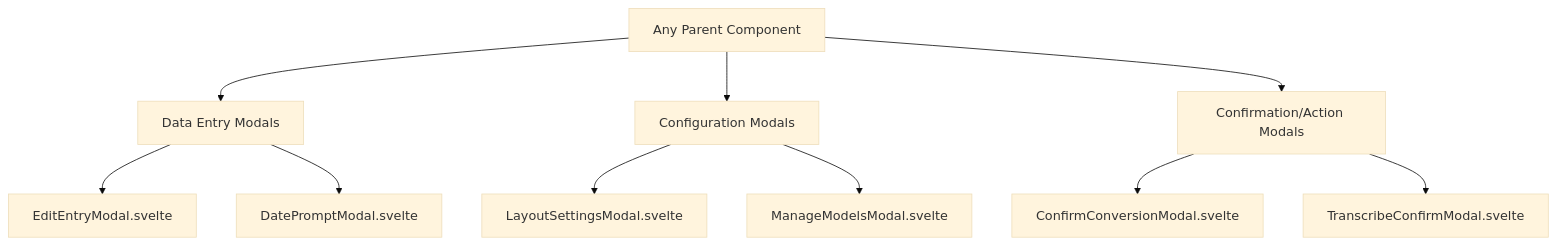
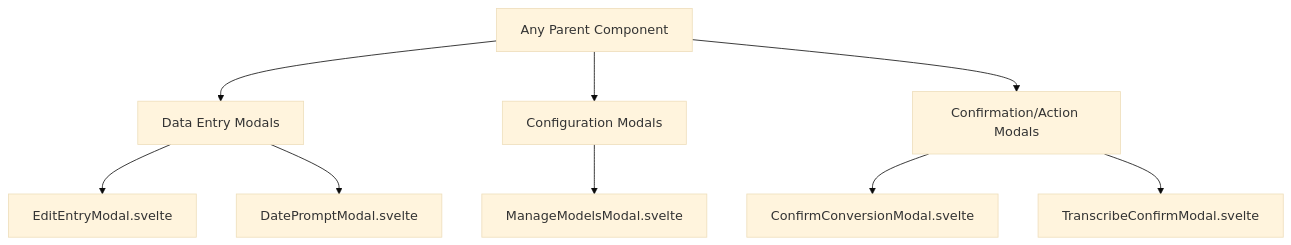
The second of 2 diagrams in src/lib/components/projectview/modals/README.md (Ethnomethodology/harvey), drawn with Mermaid (base theme) before and after one commit. The commit also changed 4 other files, not shown here.

````diff
--- a/src/lib/components/projectview/modals/README.md
+++ b/src/lib/components/projectview/modals/README.md
@@ -22,23 +22,22 @@
 ```mermaid
 flowchart TD
     ParentView["Any Parent Component"]
 
     %% Categories of Modals
     DataEntryModals["Data Entry Modals"]
     ConfigModals["Configuration Modals"]
     ConfirmModals["Confirmation/Action Modals"]
 
     ParentView --> DataEntryModals
     ParentView --> ConfigModals
     ParentView --> ConfirmModals
 
     %% Examples
     DataEntryModals --> EditEntryModal["EditEntryModal.svelte"]
     DataEntryModals --> DatePromptModal["DatePromptModal.svelte"]
 
-    ConfigModals --> LayoutSettingsModal["LayoutSettingsModal.svelte"]
     ConfigModals --> ManageModelsModal["ManageModelsModal.svelte"]
 
     ConfirmModals --> ConfirmConversionModal["ConfirmConversionModal.svelte"]
     ConfirmModals --> TranscribeConfirmModal["TranscribeConfirmModal.svelte"]
 ```
````
